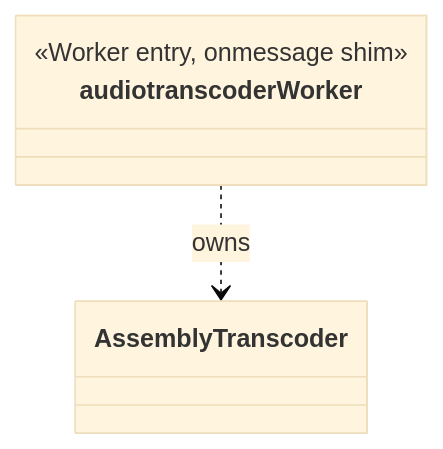
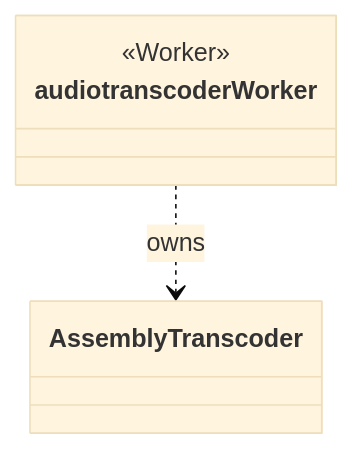
The seventh of 15 diagrams in docs/player/07-talk-backup-worker.md (melchi45/rtsp-over-websocket), drawn with Mermaid (base theme) before and after one commit. The commit also changed other lines of this file and 3 other files, not shown here.

````diff
--- a/docs/player/07-talk-backup-worker.md
+++ b/docs/player/07-talk-backup-worker.md
@@ -713,8 +712,8 @@
 ```mermaid
 classDiagram
     class audiotranscoderWorker {
-        <<Worker entry, onmessage shim>>
+        <<Worker>>
     }
     class AssemblyTranscoder
     audiotranscoderWorker ..> AssemblyTranscoder : owns
 ```
````
